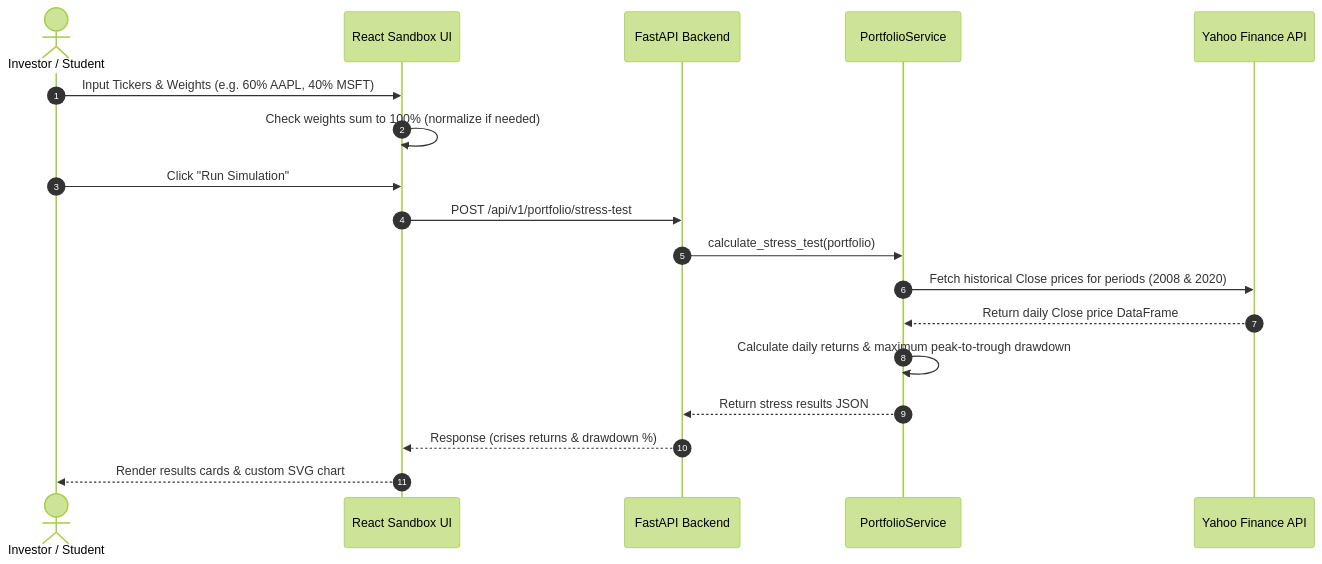
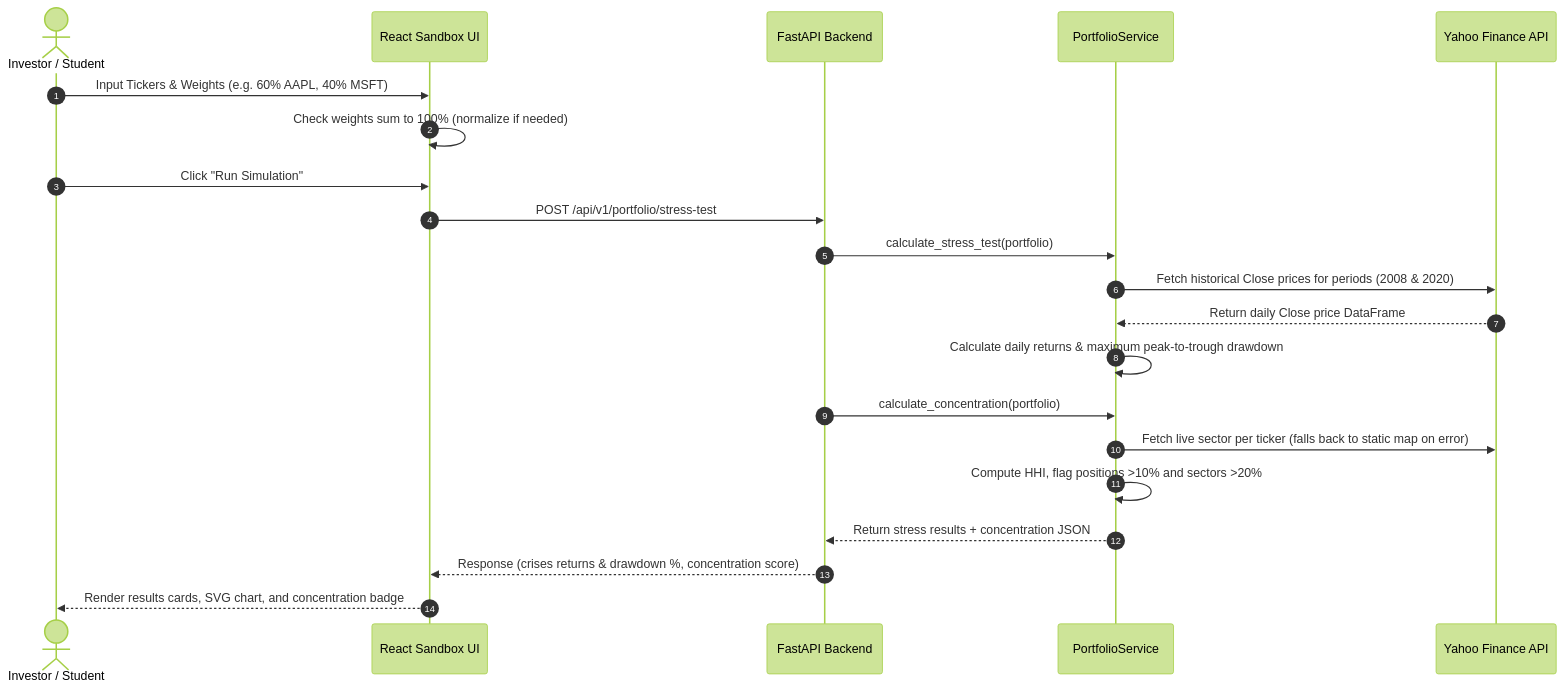
Before and after one commit to darsh-1010/finsight: the first of 4 diagrams in documentation/workflows.md, drawn with Mermaid (forest theme). The commit also changed other lines of this file and 13 other files, not shown here.

````diff
--- a/documentation/workflows.md
+++ b/documentation/workflows.md
@@ -10,21 +11,24 @@
 ```mermaid
 sequenceDiagram
     autonumber
     actor User as Investor / Student
     participant UI as React Sandbox UI
     participant API as FastAPI Backend
     participant PS as PortfolioService
     participant YF as Yahoo Finance API
 
     User->>UI: Input Tickers & Weights (e.g. 60% AAPL, 40% MSFT)
     UI->>UI: Check weights sum to 100% (normalize if needed)
     User->>UI: Click "Run Simulation"
     UI->>API: POST /api/v1/portfolio/stress-test
     API->>PS: calculate_stress_test(portfolio)
     PS->>YF: Fetch historical Close prices for periods (2008 & 2020)
     YF-->>PS: Return daily Close price DataFrame
     PS->>PS: Calculate daily returns & maximum peak-to-trough drawdown
-    PS-->>API: Return stress results JSON
-    API-->>UI: Response (crises returns & drawdown %)
-    UI-->>User: Render results cards & custom SVG chart
+    API->>PS: calculate_concentration(portfolio)
+    PS->>YF: Fetch live sector per ticker (falls back to static map on error)
+    PS->>PS: Compute HHI, flag positions >10% and sectors >20%
+    PS-->>API: Return stress results + concentration JSON
+    API-->>UI: Response (crises returns & drawdown %, concentration score)
+    UI-->>User: Render results cards, SVG chart, and concentration badge
 ```
````
